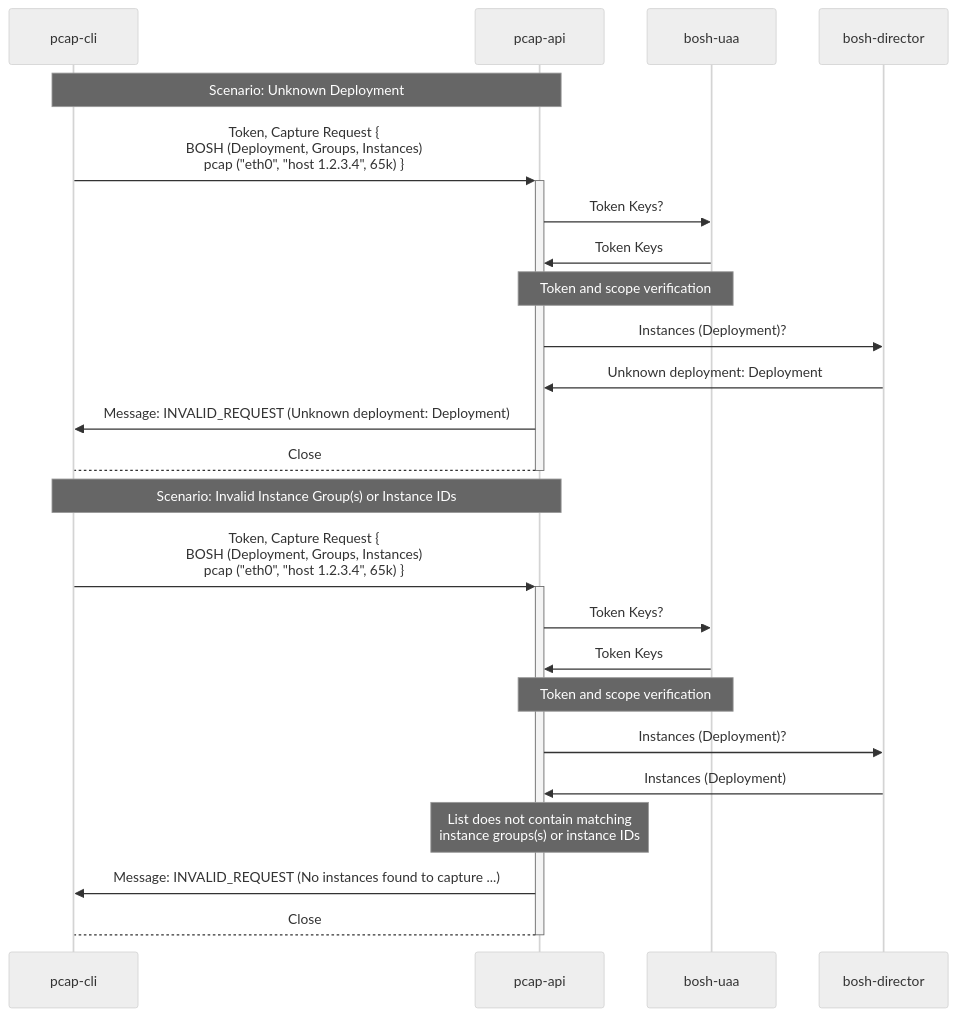
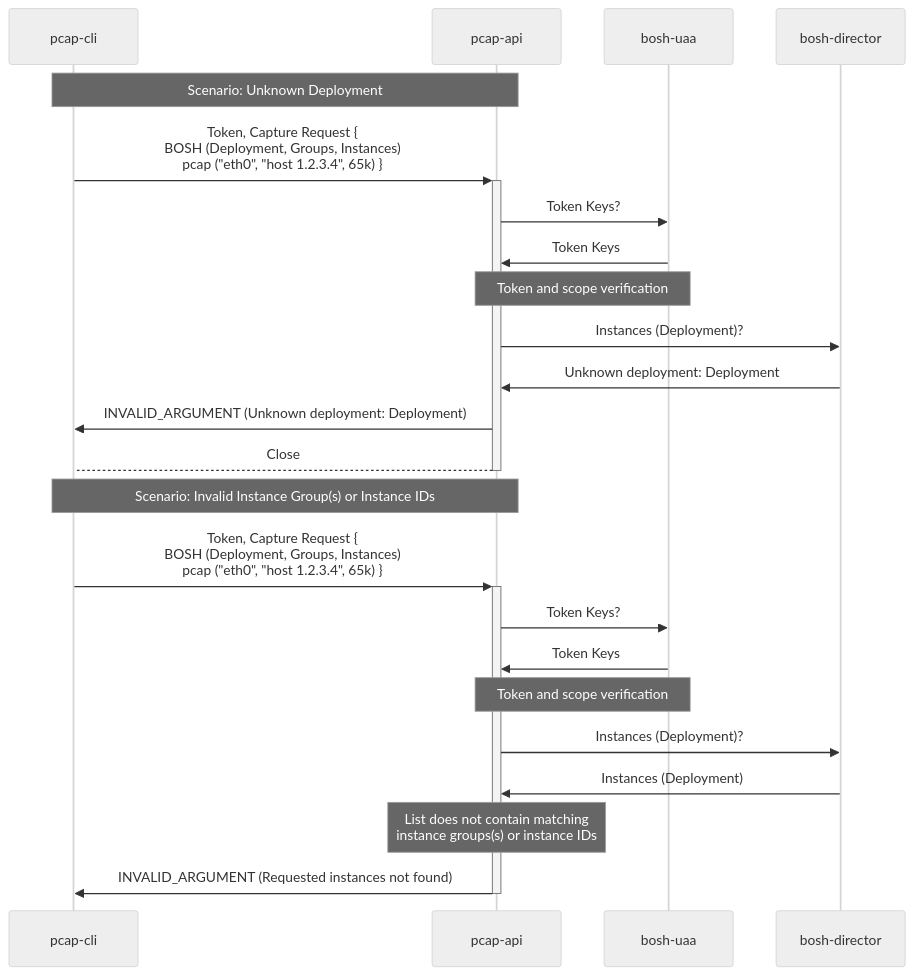
Before and after one commit to cloudfoundry/pcap-release: diagram 12 of 21 in docs/api-communication-spec.md, drawn with Mermaid (neutral theme). The commit also changed other lines of this file, not shown here.

Commit message:
docs(api): adapted all use cases to native gRPC status codes where applicable

````diff
--- a/docs/api-communication-spec.md
+++ b/docs/api-communication-spec.md
@@ -631,24 +628,22 @@
 ```mermaid
 sequenceDiagram
     note over pcap-cli, pcap-api: Scenario: Unknown Deployment
     pcap-cli ->>+ pcap-api: Token, Capture Request {<br/>BOSH (Deployment, Groups, Instances)<br/>pcap ("eth0", "host 1.2.3.4", 65k) }
     pcap-api ->> bosh-uaa: Token Keys?
     bosh-uaa ->> pcap-api: Token Keys
     note over pcap-api, bosh-uaa: Token and scope verification    
     pcap-api ->> bosh-director: Instances (Deployment)?
     bosh-director ->> pcap-api: Unknown deployment: Deployment
-    pcap-api ->> pcap-cli: Message: INVALID_REQUEST (Unknown deployment: Deployment)
+    pcap-api ->> pcap-cli: INVALID_ARGUMENT (Unknown deployment: Deployment)
     pcap-api -->- pcap-cli: Close
 
     note over pcap-cli, pcap-api: Scenario: Invalid Instance Group(s) or Instance IDs
     pcap-cli ->>+ pcap-api: Token, Capture Request {<br/>BOSH (Deployment, Groups, Instances)<br/>pcap ("eth0", "host 1.2.3.4", 65k) }
     pcap-api ->> bosh-uaa: Token Keys?
     bosh-uaa ->> pcap-api: Token Keys
     note over pcap-api, bosh-uaa: Token and scope verification    
     pcap-api ->> bosh-director: Instances (Deployment)?
     bosh-director ->> pcap-api: Instances (Deployment)
     note over pcap-api: List does not contain matching<br/>instance groups(s) or instance IDs
-    pcap-api ->> pcap-cli: Message: INVALID_REQUEST (No instances found to capture ...)
-    pcap-api -->- pcap-cli: Close
-    
+    pcap-api ->>- pcap-cli: INVALID_ARGUMENT (Requested instances not found)
 ```
````
